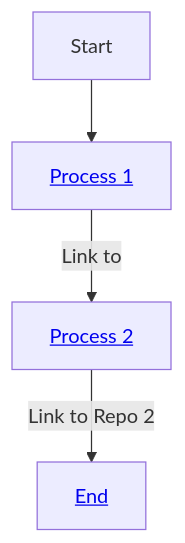
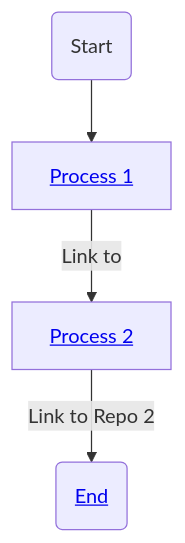
One commit to AlaaDiab7/Mermaid-examples changed the second of 4 diagrams in workflow-a-b-c-d.md. Above: the diagram before and after it, drawn with Mermaid. The commit also changed other lines of this file, not shown here.

````diff
--- a/workflow-a-b-c-d.md
+++ b/workflow-a-b-c-d.md
@@ -13,6 +14,6 @@
 ```mermaid
 graph TD;
-    A[Start] --> B[<a href='http://github.com/AlaaDiab7'>Process 1</a>] ;
+    A(Start) --> B[<a href='http://github.com/AlaaDiab7'>Process 1</a>] ;
     B[<a href='http://github.com/AlaaDiab7'>Process 1</a>]-->|Link to | C[<a href='http://github.com/wepe/MachineLearning'>Process 2</a>];
-    C[<a href='http://github.com/wepe/MachineLearning'>Process 2</a>] -->|Link to Repo 2| D[<a href='http://google.com'>End</a>];
+    C[<a href='http://github.com/wepe/MachineLearning'>Process 2</a>] -->|Link to Repo 2| D(<a href='http://google.com'>End</a>);
 ```
````
